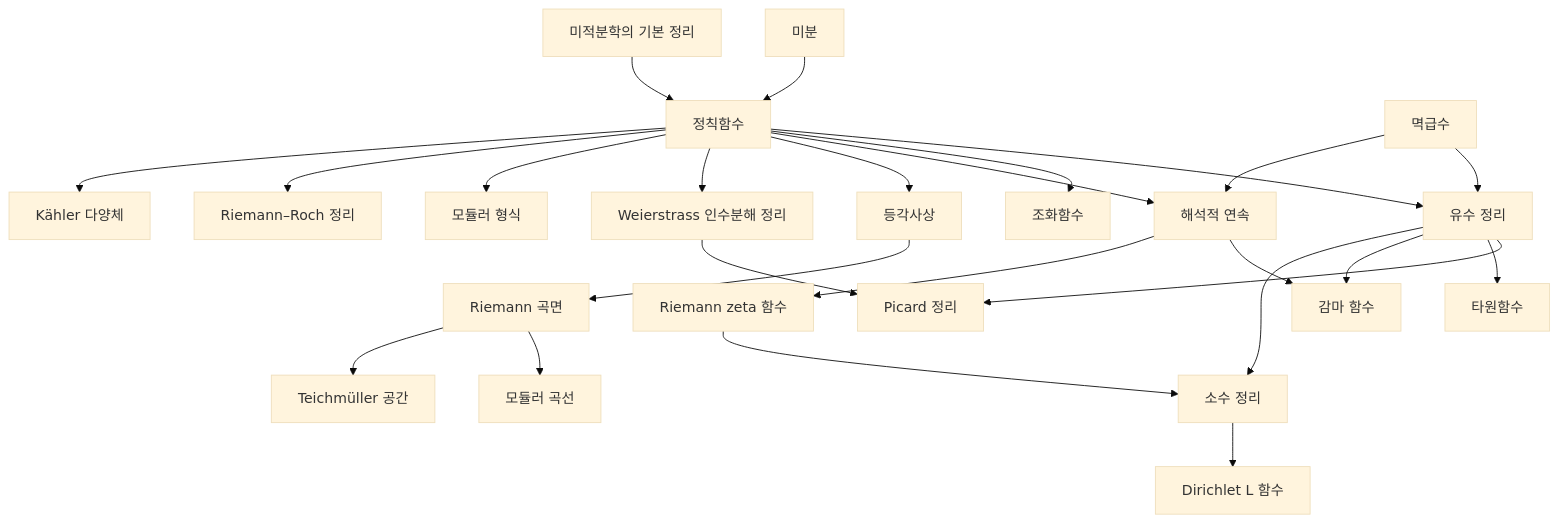
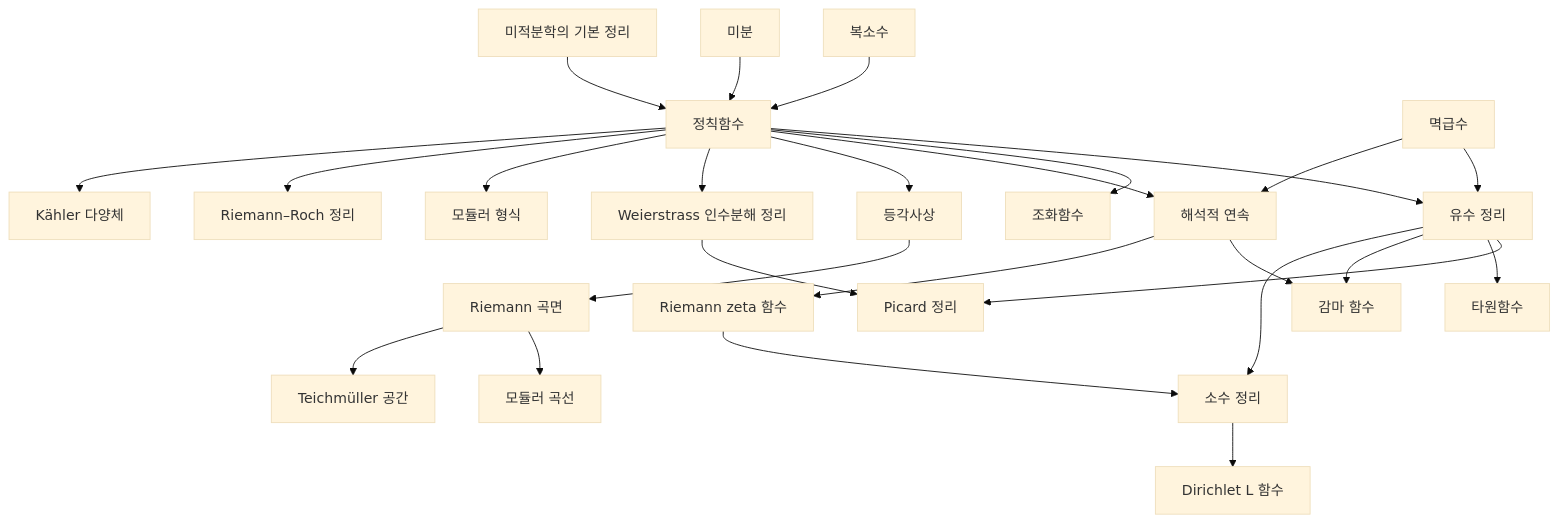
One commit to Phryxia/math-map changed the diagram in docs/complex-analysis-overview.md. Above: the diagram before and after it, drawn with Mermaid (base theme). The commit also changed other lines of this file and 4 other files, not shown here.

````diff
--- a/docs/complex-analysis-overview.md
+++ b/docs/complex-analysis-overview.md
@@ -11,27 +11,28 @@
 ```mermaid
 graph TD
-  DV["미분"] --> HF["정칙함수"]
+  CN["복소수"] --> HF["정칙함수"]
+  DV["미분"] --> HF
   FC["미적분학의 기본 정리"] --> HF
   PS["멱급수"] --> RT["유수 정리"]
   HF --> RT
   HF --> HM["조화함수"]
   PS --> AC["해석적 연속"]
   HF --> AC
   HF --> CM["등각사상"]
   HF --> WF["Weierstrass 인수분해 정리"]
   WF --> PC["Picard 정리"]
   RT --> PC
   CM --> RS["Riemann 곡면"]
   RS --> MC["모듈러 곡선"]
   RS --> TS["Teichmüller 공간"]
   RT --> EF["타원함수"]
   RT --> GF["감마 함수"]
   AC --> GF
   AC --> RZ["Riemann zeta 함수"]
   RZ --> PNT["소수 정리"]
   RT --> PNT
   PNT --> DL["Dirichlet L 함수"]
   HF --> MF["모듈러 형식"]
   HF --> RR["Riemann–Roch 정리"]
   HF --> KM["Kähler 다양체"]
 ```
````
